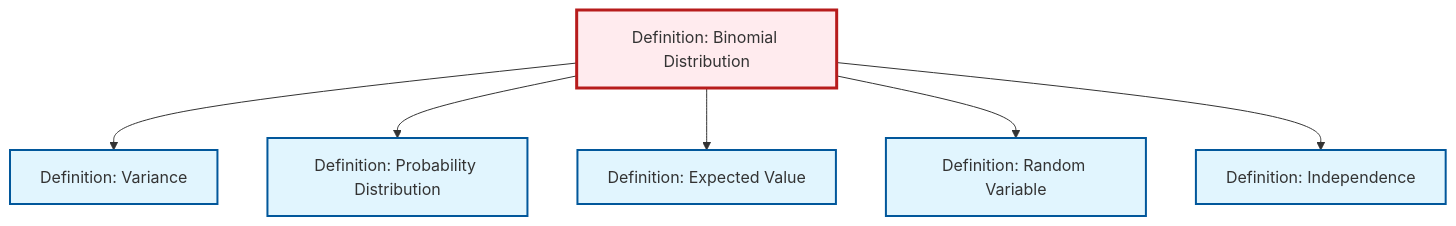
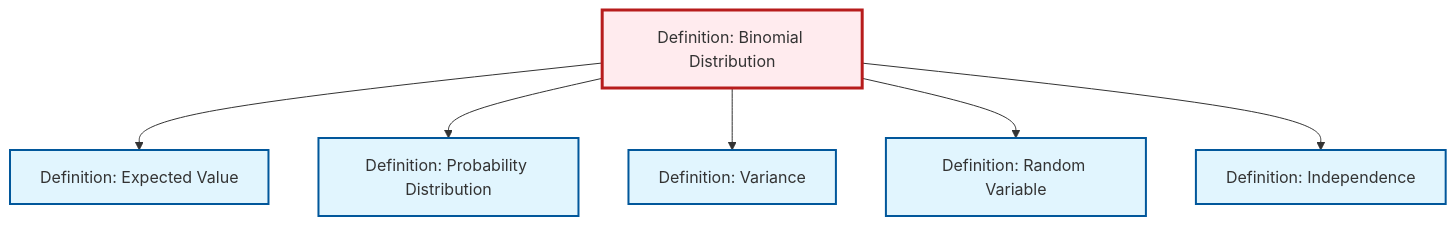
The diagram in content/en/probability-statistics/def-binomial-distribution.qmd (RK0429/ModernMath), drawn with Mermaid before and after one commit. The commit also changed other lines of this file and 1069 other files, not shown here.

````diff
--- a/content/en/probability-statistics/def-binomial-distribution.qmd
+++ b/content/en/probability-statistics/def-binomial-distribution.qmd
@@ -126,26 +126,26 @@
 ```{mermaid}
 %%| fig-cap: "Local dependency graph"
 graph TD
     classDef definition fill:#e1f5fe,stroke:#01579b,stroke-width:2px
     classDef theorem fill:#f3e5f5,stroke:#4a148c,stroke-width:2px
     classDef axiom fill:#fff3e0,stroke:#e65100,stroke-width:2px
     classDef example fill:#e8f5e9,stroke:#1b5e20,stroke-width:2px
     classDef current fill:#ffebee,stroke:#b71c1c,stroke-width:3px
+    def-expectation["Definition: Expected Value"]:::definition
     def-binomial-distribution["Definition: Binomial Distribution"]:::definition
-    def-expectation["Definition: Expected Value"]:::definition
+    def-random-variable["Definition: Random Variable"]:::definition
+    def-variance["Definition: Variance"]:::definition
+    def-independence["Definition: Independence"]:::definition
     def-probability-distribution["Definition: Probability Distribution"]:::definition
-    def-variance["Definition: Variance"]:::definition
-    def-random-variable["Definition: Random Variable"]:::definition
-    def-independence["Definition: Independence"]:::definition
+    def-binomial-distribution --> def-expectation
+    def-binomial-distribution --> def-probability-distribution
     def-binomial-distribution --> def-variance
-    def-binomial-distribution --> def-probability-distribution
-    def-binomial-distribution --> def-expectation
     def-binomial-distribution --> def-random-variable
     def-binomial-distribution --> def-independence
     class def-binomial-distribution current
     click def-expectation "def-expectation.html" "Go to Expected Value definition"
+    click def-random-variable "def-random-variable.html" "Go to Random Variable definition"
+    click def-variance "def-variance.html" "Go to Variance definition"
+    click def-independence "def-independence.html" "Go to Independence definition"
     click def-probability-distribution "def-probability-distribution.html" "Go to Probability Distribution definition"
-    click def-variance "def-variance.html" "Go to Variance definition"
-    click def-random-variable "def-random-variable.html" "Go to Random Variable definition"
-    click def-independence "def-independence.html" "Go to Independence definition"
 ```
````
